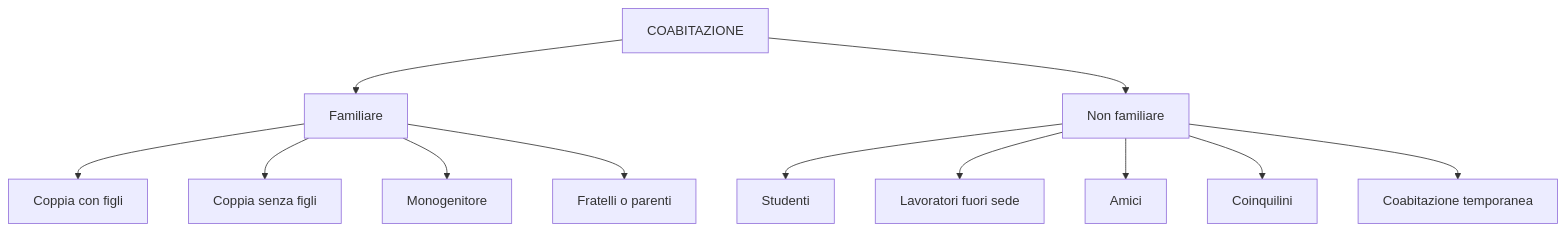
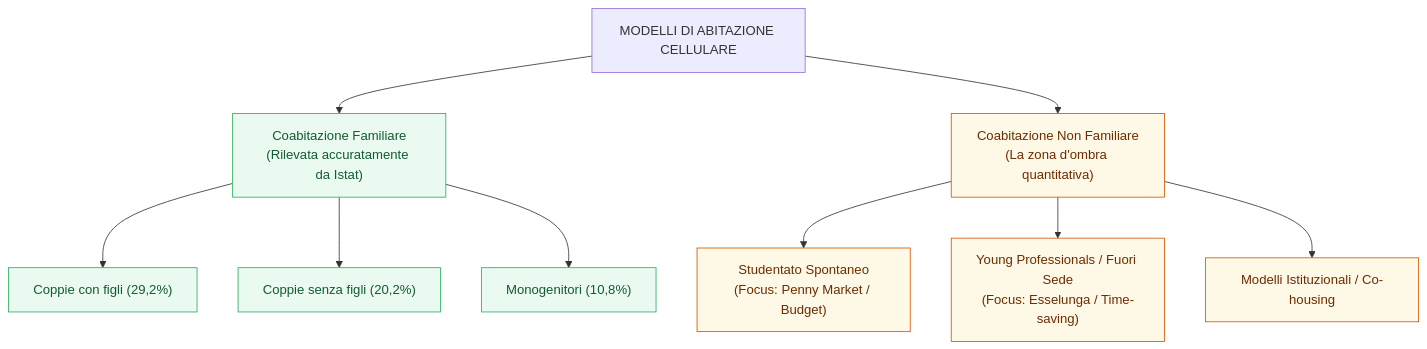
Before and after one commit to ShavalaDS/masterpw: the second of 3 diagrams in ecosystem-map-coabitazione-2.md, drawn with Mermaid. The commit also changed other lines of this file, not shown here.

````diff
--- a/ecosystem-map-coabitazione-2.md
+++ b/ecosystem-map-coabitazione-2.md
@@ -75,15 +82,18 @@
 ```mermaid
-flowchart TB
-    A["COABITAZIONE"]
-    A --> B["Familiare"]
-    A --> C["Non familiare"]
-    B --> B1["Coppia con figli"]
-    B --> B2["Coppia senza figli"]
-    B --> B3["Monogenitore"]
-    B --> B4["Fratelli o parenti"]
-    C --> C1["Studenti"]
-    C --> C2["Lavoratori fuori sede"]
-    C --> C3["Amici"]
-    C --> C4["Coinquilini"]
-    C --> C5["Coabitazione temporanea"]
+graph TD
+    A["MODELLI DI ABITAZIONE CELLULARE"] --> B["Coabitazione Familiare<br/>(Rilevata accuratamente da Istat)"]
+    A --> C["Coabitazione Non Familiare<br/>(La zona d'ombra quantitativa)"]
+
+    B --> B1["Coppie con figli (29,2%)"]
+    B --> B2["Coppie senza figli (20,2%)"]
+    B --> B3["Monogenitori (10,8%)"]
+
+    C --> C1["Studentato Spontaneo<br/>(Focus: Penny Market / Budget)"]
+    C --> C2["Young Professionals / Fuori Sede<br/>(Focus: Esselunga / Time-saving)"]
+    C --> C3["Modelli Istituzionali / Co-housing"]
+
+    classDef fam fill:#EAFAF1,stroke:#27AE60,color:#145A32;
+    classDef nonFam fill:#FEF9E7,stroke:#D35400,color:#6E2C00;
+    class B,B1,B2,B3 fam;
+    class C,C1,C2,C3 nonFam;
 ```
````
